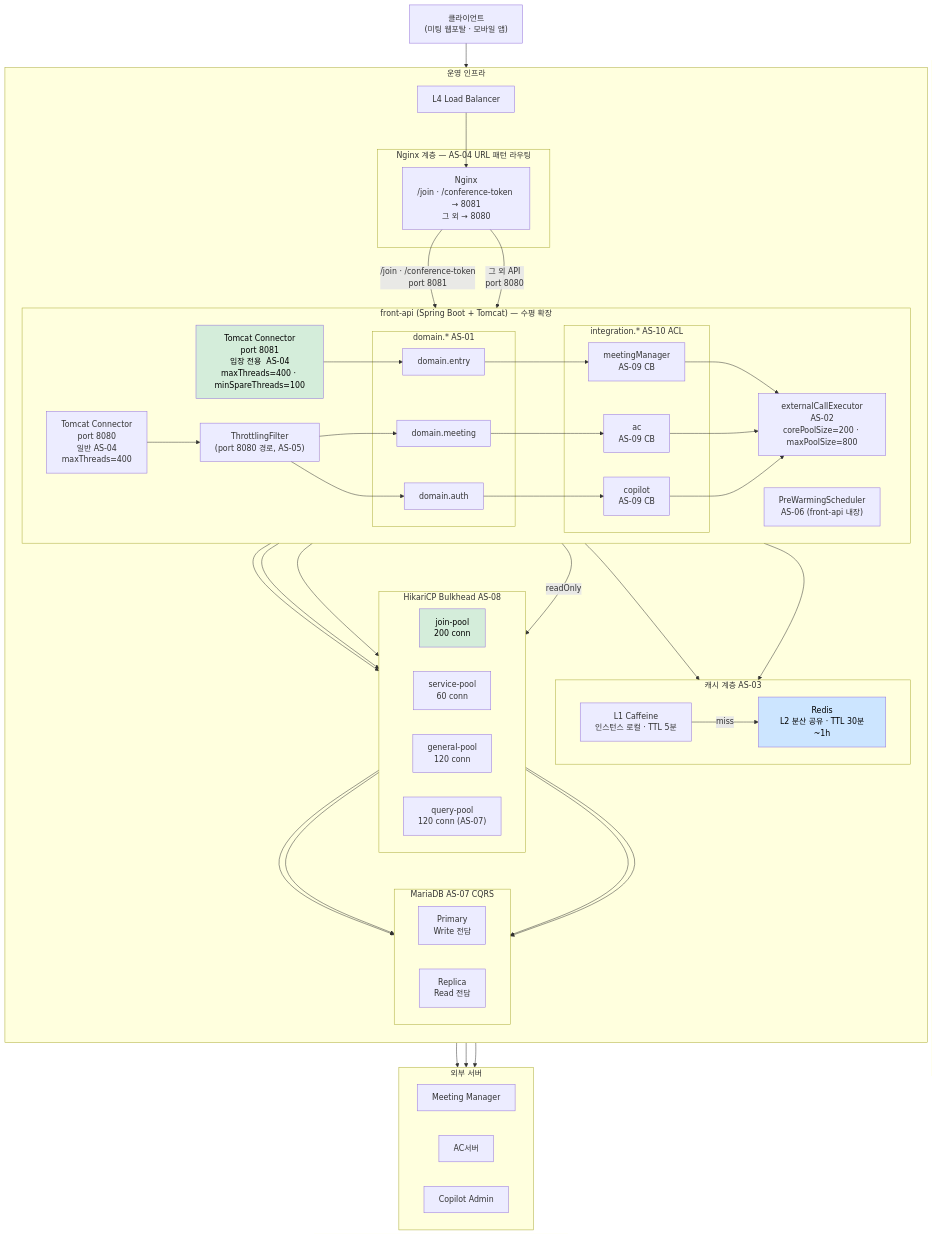
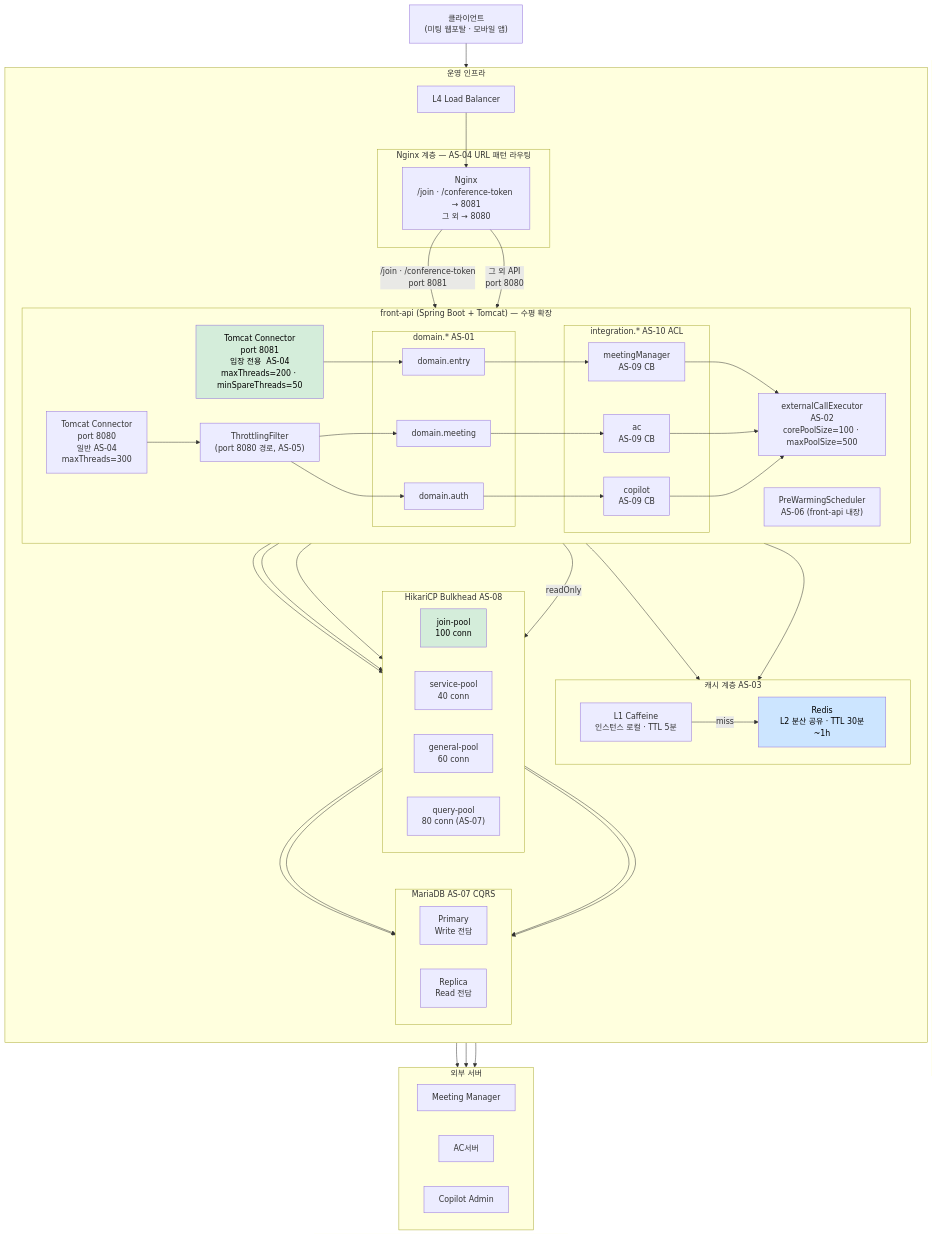
The seventh of 7 diagrams in report/4/4.2-실행뷰.md (sujinnkim/A_Personal), drawn with Mermaid before and after one commit. The commit also changed other lines of this file and 5 other files, not shown here.

```diff
--- a/report/4/4.2-실행뷰.md
+++ b/report/4/4.2-실행뷰.md
@@ -416,8 +416,8 @@
 
         subgraph APP_TIER["front-api (Spring Boot + Tomcat)  — 수평 확장"]
             direction LR
-            C8081["Tomcat Connector\nport 8081\n입장 전용  AS-04\nmaxThreads=400 · minSpareThreads=100"]
-            C8080["Tomcat Connector\nport 8080\n일반  AS-04\nmaxThreads=400"]
+            C8081["Tomcat Connector\nport 8081\n입장 전용  AS-04\nmaxThreads=200 · minSpareThreads=50"]
+            C8080["Tomcat Connector\nport 8080\n일반  AS-04\nmaxThreads=300"]
 
             TF["ThrottlingFilter\n(port 8080 경로, AS-05)"]
 
@@ -433,7 +433,7 @@
                 CP_INT["copilot\nAS-09 CB"]
             end
 
-            ASYNC["externalCallExecutor\nAS-02\ncorePoolSize=200 · maxPoolSize=800"]
+            ASYNC["externalCallExecutor\nAS-02\ncorePoolSize=100 · maxPoolSize=500"]
             SCH["PreWarmingScheduler\nAS-06 (front-api 내장)"]
         end
 
@@ -445,10 +445,10 @@
 
         subgraph POOL_TIER["HikariCP Bulkhead  AS-08"]
             direction LR
-            JP["join-pool\n200 conn"]
-            SP["service-pool\n60 conn"]
-            GP["general-pool\n120 conn"]
-            QP["query-pool\n120 conn  (AS-07)"]
+            JP["join-pool\n100 conn"]
+            SP["service-pool\n40 conn"]
+            GP["general-pool\n60 conn"]
+            QP["query-pool\n80 conn  (AS-07)"]
         end
 
         subgraph DB_TIER["MariaDB  AS-07 CQRS"]
```
